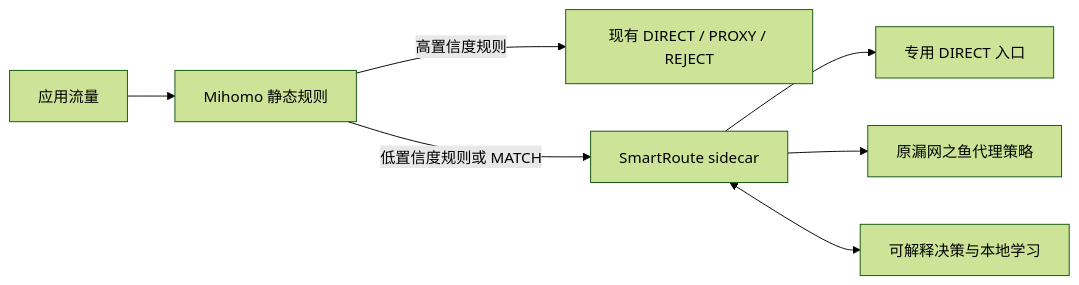
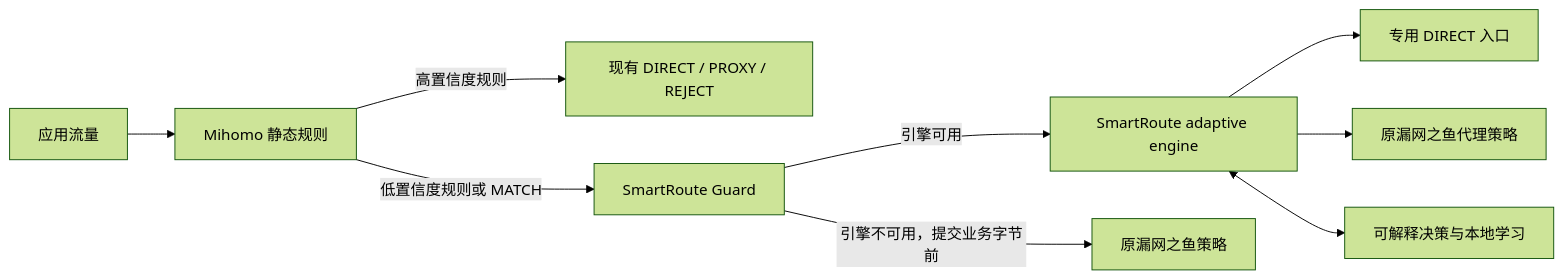
The diagram in README.md (firfisa/smartroute), drawn with Mermaid (forest theme) before and after one commit. The commit also changed other lines of this file and 22 other files, not shown here.

Commit message:
feat(runtime): add adaptive availability guard

````diff
--- a/README.md
+++ b/README.md
@@ -26,9 +26,11 @@
 ```mermaid
 flowchart LR
     App["应用流量"] --> M["Mihomo 静态规则"]
     M -->|"高置信度规则"| Existing["现有 DIRECT / PROXY / REJECT"]
-    M -->|"低置信度规则或 MATCH"| S["SmartRoute sidecar"]
+    M -->|"低置信度规则或 MATCH"| G["SmartRoute Guard"]
+    G -->|"引擎可用"| S["SmartRoute adaptive engine"]
+    G -->|"引擎不可用，提交业务字节前"| O["原漏网之鱼策略"]
     S --> D["专用 DIRECT 入口"]
     S --> P["原漏网之鱼代理策略"]
     S <--> E["可解释决策与本地学习"]
 ```
````
